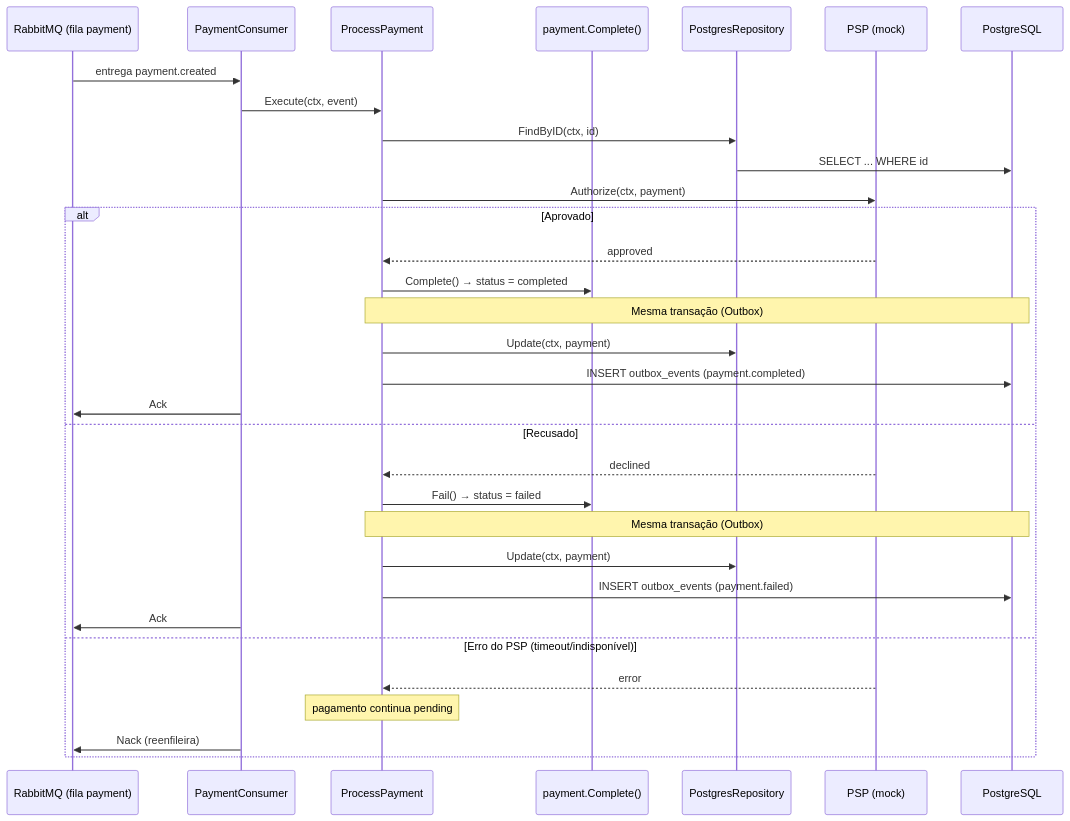
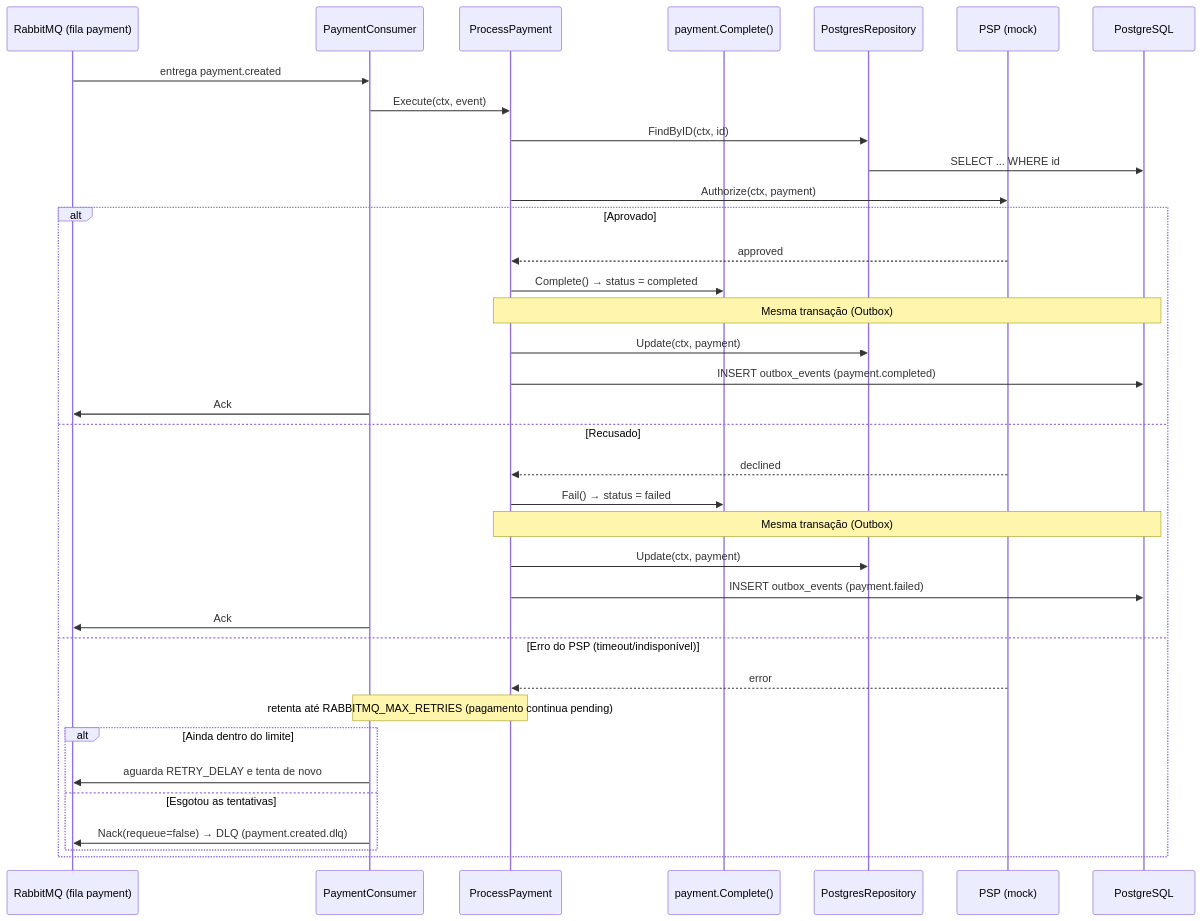
One commit to VictordaSilvaf/payment_service changed the fifth of 9 diagrams in README.md. Above: the diagram before and after it, drawn with Mermaid. The commit also changed other lines of this file and 7 other files, not shown here.

First line of the commit message:
Implement Dead Letter Queue (DLQ) and retry mechanism for RabbitMQ messages

````diff
--- a/README.md
+++ b/README.md
@@ -275,35 +275,39 @@
 ```mermaid
 sequenceDiagram
     participant RMQ as RabbitMQ (fila payment)
     participant Consumer as PaymentConsumer
     participant UC as ProcessPayment
     participant Domain as payment.Complete()
     participant Repo as PostgresRepository
     participant PSP as PSP (mock)
     participant DB as PostgreSQL
 
     RMQ->>Consumer: entrega payment.created
     Consumer->>UC: Execute(ctx, event)
     UC->>Repo: FindByID(ctx, id)
     Repo->>DB: SELECT ... WHERE id
     UC->>PSP: Authorize(ctx, payment)
     alt Aprovado
         PSP-->>UC: approved
         UC->>Domain: Complete()  → status = completed
         Note over UC,DB: Mesma transação (Outbox)
         UC->>Repo: Update(ctx, payment)
         UC->>DB: INSERT outbox_events (payment.completed)
         Consumer->>RMQ: Ack
     else Recusado
         PSP-->>UC: declined
         UC->>Domain: Fail()  → status = failed
         Note over UC,DB: Mesma transação (Outbox)
         UC->>Repo: Update(ctx, payment)
         UC->>DB: INSERT outbox_events (payment.failed)
         Consumer->>RMQ: Ack
     else Erro do PSP (timeout/indisponível)
         PSP-->>UC: error
-        Note over UC: pagamento continua pending
-        Consumer->>RMQ: Nack (reenfileira)
+        Note over UC,Consumer: retenta até RABBITMQ_MAX_RETRIES (pagamento continua pending)
+        alt Ainda dentro do limite
+            Consumer->>RMQ: aguarda RETRY_DELAY e tenta de novo
+        else Esgotou as tentativas
+            Consumer->>RMQ: Nack(requeue=false) → DLQ (payment.created.dlq)
+        end
     end
 ```
````
